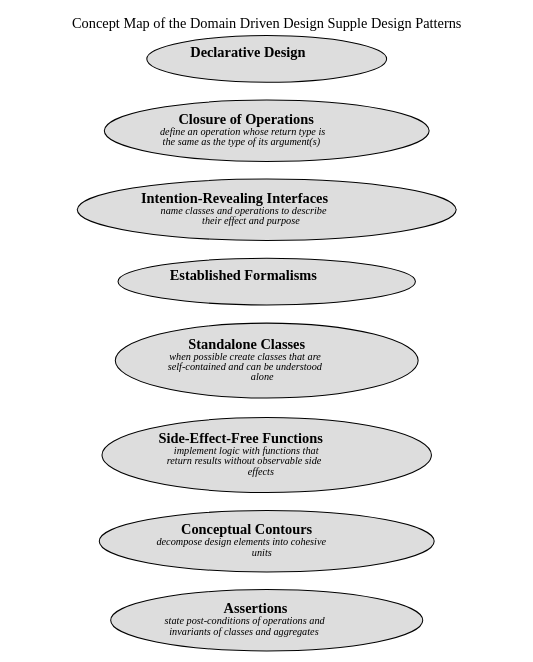
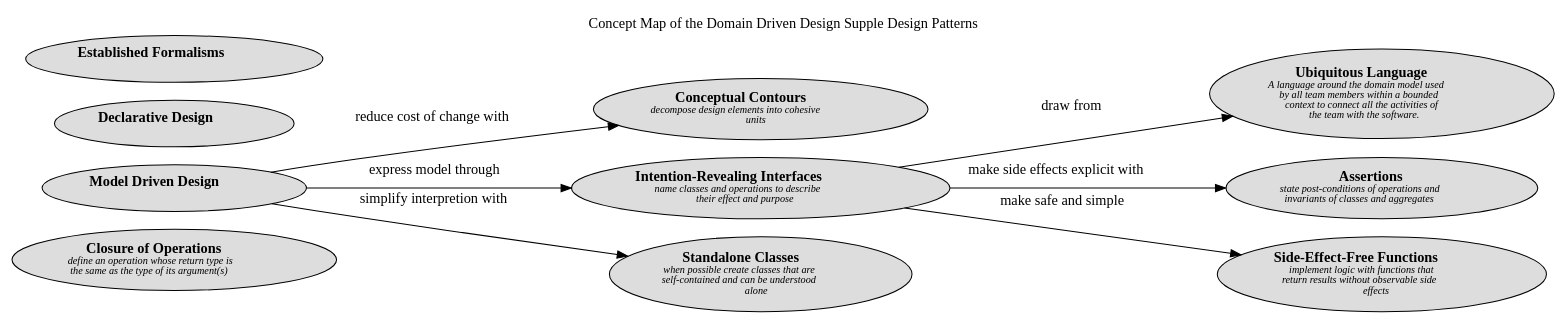
The diagram in docs/software-development/domain-driven-design/supple-design/concept-view.dot (lsolbach/overarch-models), drawn with Graphviz before and after one commit. The commit also changed 115 other files, not shown here.

```diff
--- a/docs/software-development/domain-driven-design/supple-design/concept-view.dot
+++ b/docs/software-development/domain-driven-design/supple-design/concept-view.dot
@@ -1,19 +1,27 @@
 digraph "Concept Map of the Domain Driven Design Supple Design Patterns" {
   labelloc= "t"
   label="Concept Map of the Domain Driven Design Supple Design Patterns"
   rankdir="LR"
 
   layout=dot
+software_development_domain_driven_design_supple_design__closure_of_operations [shape=ellipse style=filled fillcolor="#dddddd" label=<<B>Closure of Operations</B><BR/><FONT POINT-SIZE="10"><I>define an operation whose return type is<BR/>the same as the type of its argument(s) </I></FONT>>]
+software_development_domain_driven_design_supple_design__conceptual_contours [shape=ellipse style=filled fillcolor="#dddddd" label=<<B>Conceptual Contours</B><BR/><FONT POINT-SIZE="10"><I>decompose design elements into cohesive<BR/>units </I></FONT>>]
+software_development_domain_driven_design_supple_design__declarative_design [shape=ellipse style=filled fillcolor="#dddddd" label=<<B>Declarative Design</B><BR/><FONT POINT-SIZE="10"><I> </I></FONT>>]
+software_development_domain_driven_design_modelling__c_model_driven_design [shape=ellipse style=filled fillcolor="#dddddd" label=<<B>Model Driven Design</B><BR/><FONT POINT-SIZE="10"><I> </I></FONT>>]
+software_development_domain_driven_design_supple_design__intention_revealing_interfaces [shape=ellipse style=filled fillcolor="#dddddd" label=<<B>Intention-Revealing Interfaces</B><BR/><FONT POINT-SIZE="10"><I>name classes and operations to describe<BR/>their effect and purpose </I></FONT>>]
+software_development_domain_driven_design_modelling__c_ubiquitous_language [shape=ellipse style=filled fillcolor="#dddddd" label=<<B>Ubiquitous Language</B><BR/><FONT POINT-SIZE="10"><I>A language around the domain model used<BR/>by all team members within a bounded<BR/>context to connect all the activities of<BR/>the team with the software. </I></FONT>>]
 software_development_domain_driven_design_supple_design__assertions [shape=ellipse style=filled fillcolor="#dddddd" label=<<B>Assertions</B><BR/><FONT POINT-SIZE="10"><I>state post-conditions of operations and<BR/>invariants of classes and aggregates </I></FONT>>]
-software_development_domain_driven_design_supple_design__conceptual_contours [shape=ellipse style=filled fillcolor="#dddddd" label=<<B>Conceptual Contours</B><BR/><FONT POINT-SIZE="10"><I>decompose design elements into cohesive<BR/>units </I></FONT>>]
+software_development_domain_driven_design_supple_design__established_formalisms [shape=ellipse style=filled fillcolor="#dddddd" label=<<B>Established Formalisms</B><BR/><FONT POINT-SIZE="10"><I> </I></FONT>>]
+software_development_domain_driven_design_supple_design__standalone_classes [shape=ellipse style=filled fillcolor="#dddddd" label=<<B>Standalone Classes</B><BR/><FONT POINT-SIZE="10"><I>when possible create classes that are<BR/>self-contained and can be understood<BR/>alone </I></FONT>>]
 software_development_domain_driven_design_supple_design__side_effect_free_functions [shape=ellipse style=filled fillcolor="#dddddd" label=<<B>Side-Effect-Free Functions</B><BR/><FONT POINT-SIZE="10"><I>implement logic with functions that<BR/>return results without observable side<BR/>effects </I></FONT>>]
-software_development_domain_driven_design_supple_design__standalone_classes [shape=ellipse style=filled fillcolor="#dddddd" label=<<B>Standalone Classes</B><BR/><FONT POINT-SIZE="10"><I>when possible create classes that are<BR/>self-contained and can be understood<BR/>alone </I></FONT>>]
-software_development_domain_driven_design_supple_design__established_formalisms [shape=ellipse style=filled fillcolor="#dddddd" label=<<B>Established Formalisms</B><BR/><FONT POINT-SIZE="10"><I> </I></FONT>>]
-software_development_domain_driven_design_supple_design__intention_revealing_interfaces [shape=ellipse style=filled fillcolor="#dddddd" label=<<B>Intention-Revealing Interfaces</B><BR/><FONT POINT-SIZE="10"><I>name classes and operations to describe<BR/>their effect and purpose </I></FONT>>]
-software_development_domain_driven_design_supple_design__closure_of_operations [shape=ellipse style=filled fillcolor="#dddddd" label=<<B>Closure of Operations</B><BR/><FONT POINT-SIZE="10"><I>define an operation whose return type is<BR/>the same as the type of its argument(s) </I></FONT>>]
-software_development_domain_driven_design_supple_design__declarative_design [shape=ellipse style=filled fillcolor="#dddddd" label=<<B>Declarative Design</B><BR/><FONT POINT-SIZE="10"><I> </I></FONT>>]
  
+software_development_domain_driven_design_modelling__c_model_driven_design -> software_development_domain_driven_design_supple_design__standalone_classes [label=<simplify interpretion with<BR/><FONT POINT-SIZE="10"><I> </I></FONT>>]
+software_development_domain_driven_design_modelling__c_model_driven_design -> software_development_domain_driven_design_supple_design__intention_revealing_interfaces [label=<express model through<BR/><FONT POINT-SIZE="10"><I> </I></FONT>>]
+software_development_domain_driven_design_supple_design__intention_revealing_interfaces -> software_development_domain_driven_design_supple_design__assertions [label=<make side effects explicit with<BR/><FONT POINT-SIZE="10"><I> </I></FONT>>]
+software_development_domain_driven_design_supple_design__intention_revealing_interfaces -> software_development_domain_driven_design_supple_design__side_effect_free_functions [label=<make safe and simple<BR/><FONT POINT-SIZE="10"><I> </I></FONT>>]
+software_development_domain_driven_design_supple_design__intention_revealing_interfaces -> software_development_domain_driven_design_modelling__c_ubiquitous_language [label=<draw from<BR/><FONT POINT-SIZE="10"><I> </I></FONT>>]
+software_development_domain_driven_design_modelling__c_model_driven_design -> software_development_domain_driven_design_supple_design__conceptual_contours [label=<reduce cost of change with<BR/><FONT POINT-SIZE="10"><I> </I></FONT>>]
  
 }
 
 // (generated by Overarch with template views/view.dot.cmb)
```
